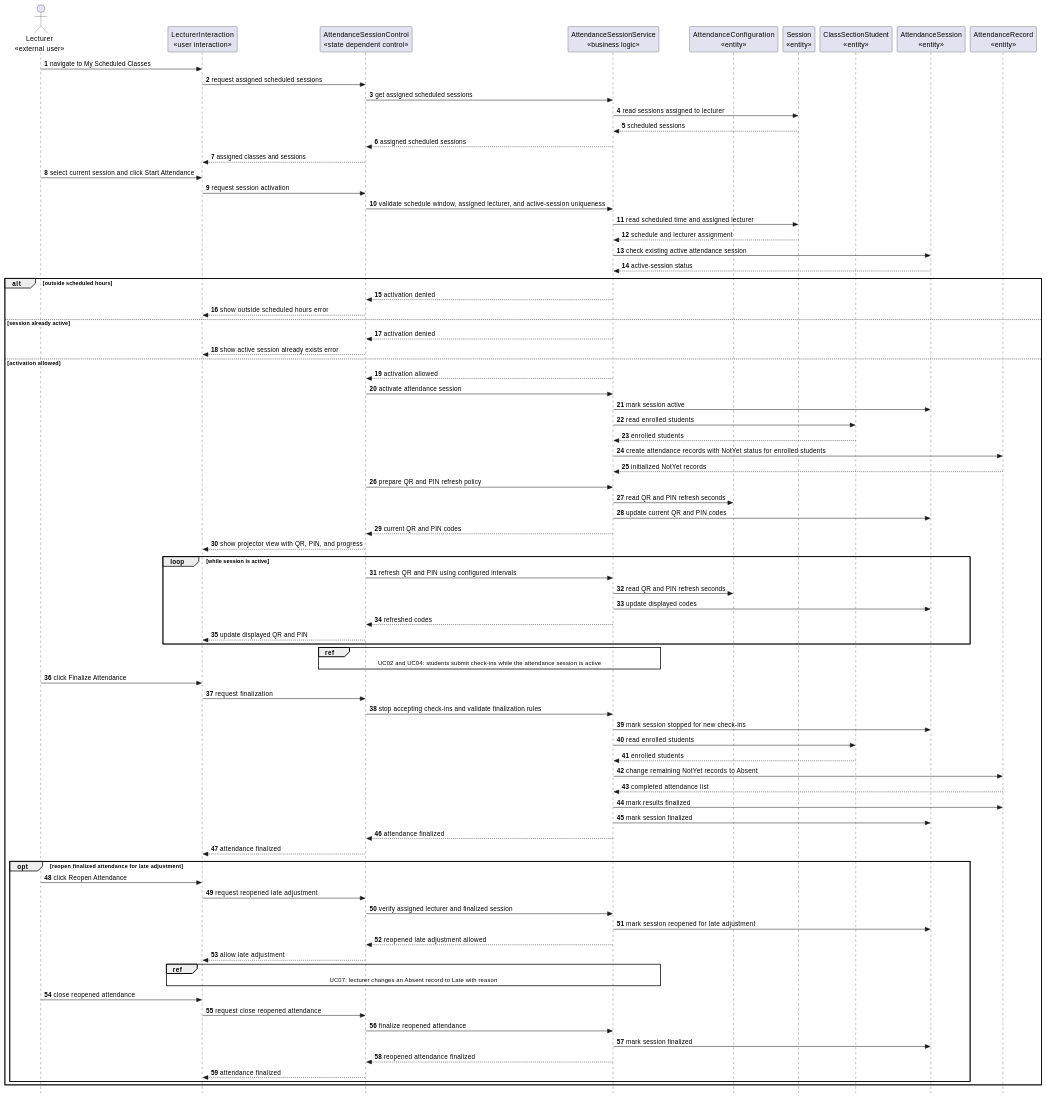
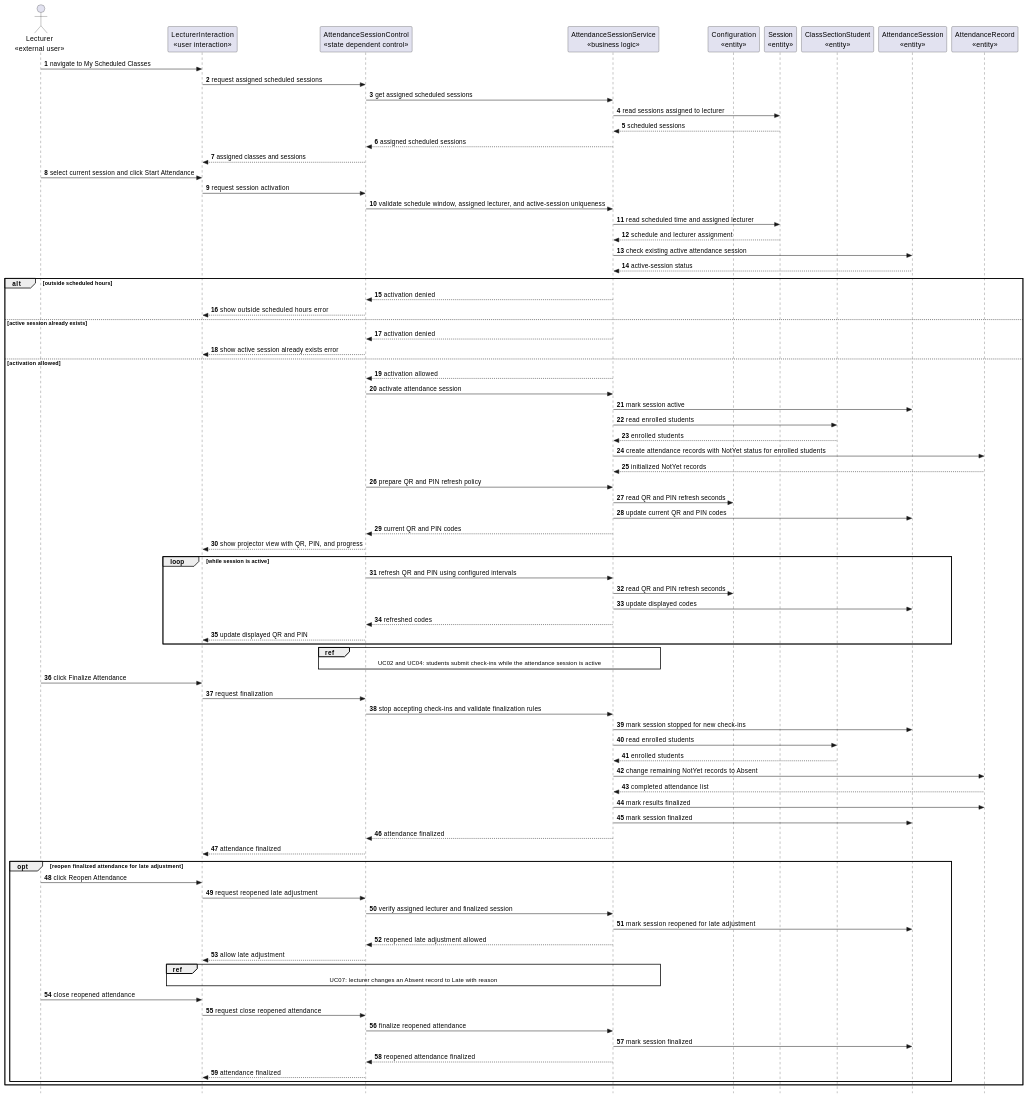
One commit to nttung42/SWD392 changed diagram 15 of 26 in docs/rds/2_Analysis.md. Above: the diagram before and after it, drawn with PlantUML. The commit also changed other lines of this file and 2 other files, not shown here.

```diff
--- a/docs/rds/2_Analysis.md
+++ b/docs/rds/2_Analysis.md
@@ -680,7 +681,7 @@
 participant "LecturerInteraction\n«user interaction»" as LecturerUI
 participant "AttendanceSessionControl\n«state dependent control»" as SessionControl
 participant "AttendanceSessionService\n«business logic»" as SessionRules
-participant "AttendanceConfiguration\n«entity»" as AttendanceConfig
+participant "Configuration\n«entity»" as Configuration
 participant "Session\n«entity»" as Session
 participant "ClassSectionStudent\n«entity»" as ClassSectionStudent
 participant "AttendanceSession\n«entity»" as AttendanceSession
@@ -704,7 +705,7 @@
 alt outside scheduled hours
   SessionRules --> SessionControl : activation denied
   SessionControl --> LecturerUI : show outside scheduled hours error
-else session already active
+else active session already exists
   SessionRules --> SessionControl : activation denied
   SessionControl --> LecturerUI : show active session already exists error
 else activation allowed
@@ -716,14 +717,14 @@
   SessionRules -> AttendanceRecord : create attendance records with NotYet status for enrolled students
   AttendanceRecord --> SessionRules : initialized NotYet records
   SessionControl -> SessionRules : prepare QR and PIN refresh policy
-  SessionRules -> AttendanceConfig : read QR and PIN refresh seconds
+  SessionRules -> Configuration : read QR and PIN refresh seconds
   SessionRules -> AttendanceSession : update current QR and PIN codes
   SessionRules --> SessionControl : current QR and PIN codes
   SessionControl --> LecturerUI : show projector view with QR, PIN, and progress
 
   loop while session is active
     SessionControl -> SessionRules : refresh QR and PIN using configured intervals
-    SessionRules -> AttendanceConfig : read QR and PIN refresh seconds
+    SessionRules -> Configuration : read QR and PIN refresh seconds
     SessionRules -> AttendanceSession : update displayed codes
     SessionRules --> SessionControl : refreshed codes
     SessionControl --> LecturerUI : update displayed QR and PIN
```
